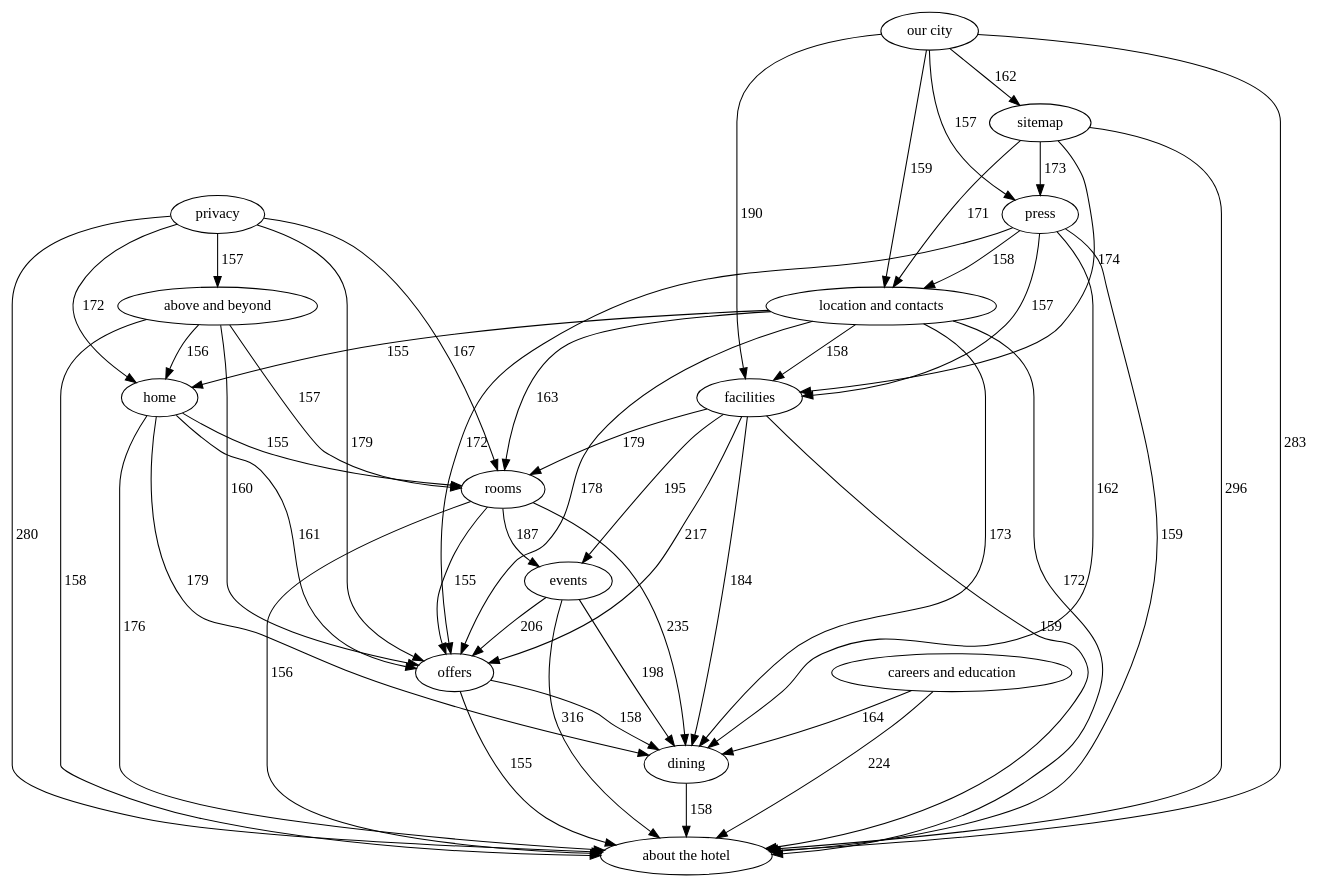
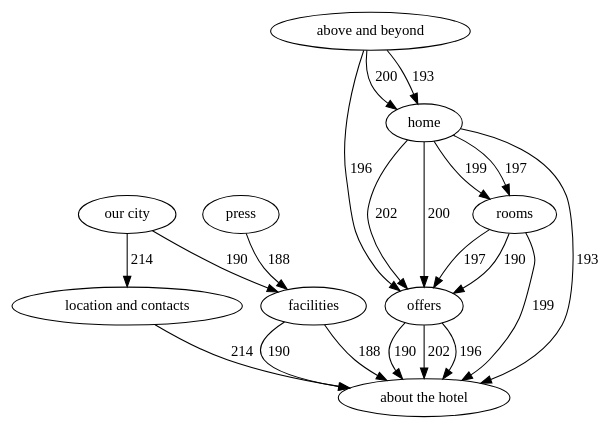
Before and after one commit to alexcu/sit742-a2-report: the diagram in dot/bots_requests.dot, drawn with Graphviz. The commit also changed 17 other files, not shown here.

Commit message:
Update dot diagrams to percentile and support-curated

```diff
--- a/dot/bots_requests.dot
+++ b/dot/bots_requests.dot
@@ -1,67 +1,32 @@
-strict digraph "" {
+digraph "" {
 layout="dot";
-privacy;
+"about the hotel";
+"our city";
 facilities;
-"about the hotel";
-"careers and education";
-dining;
 offers;
 rooms;
 "above and beyond";
 press;
 home;
 "location and contacts";
-events;
-sitemap;
-"our city";
-privacy -> "above and beyond"  [label=157, weight=157];
-privacy -> home  [label=172, weight=172];
-privacy -> offers  [label=179, weight=179];
-privacy -> rooms  [label=167, weight=167];
-privacy -> "about the hotel"  [label=280, weight=280];
-facilities -> dining  [label=184, weight=184];
-facilities -> offers  [label=217, weight=217];
-facilities -> rooms  [label=179, weight=179];
-facilities -> events  [label=195, weight=195];
-facilities -> "about the hotel"  [label=159, weight=159];
-"careers and education" -> dining  [label=164, weight=164];
-"careers and education" -> "about the hotel"  [label=224, weight=224];
-dining -> "about the hotel"  [label=158, weight=158];
-offers -> dining  [label=158, weight=158];
-offers -> "about the hotel"  [label=155, weight=155];
-rooms -> dining  [label=235, weight=235];
-rooms -> offers  [label=155, weight=155];
-rooms -> events  [label=187, weight=187];
-rooms -> "about the hotel"  [label=156, weight=156];
-"above and beyond" -> home  [label=156, weight=156];
-"above and beyond" -> offers  [label=160, weight=160];
-"above and beyond" -> rooms  [label=157, weight=157];
-"above and beyond" -> "about the hotel"  [label=158, weight=158];
-press -> dining  [label=162, weight=162];
-press -> facilities  [label=157, weight=157];
-press -> offers  [label=172, weight=172];
-press -> "location and contacts"  [label=158, weight=158];
-press -> "about the hotel"  [label=159, weight=159];
-home -> dining  [label=179, weight=179];
-home -> offers  [label=161, weight=161];
-home -> rooms  [label=155, weight=155];
-home -> "about the hotel"  [label=176, weight=176];
-"location and contacts" -> facilities  [label=158, weight=158];
-"location and contacts" -> "about the hotel"  [label=172, weight=172];
-"location and contacts" -> dining  [label=173, weight=173];
-"location and contacts" -> offers  [label=178, weight=178];
-"location and contacts" -> rooms  [label=163, weight=163];
-"location and contacts" -> home  [label=155, weight=155];
-events -> dining  [label=198, weight=198];
-events -> offers  [label=206, weight=206];
-events -> "about the hotel"  [label=316, weight=316];
-sitemap -> press  [label=173, weight=173];
-sitemap -> facilities  [label=174, weight=174];
-sitemap -> "location and contacts"  [label=171, weight=171];
-sitemap -> "about the hotel"  [label=296, weight=296];
-"our city" -> press  [label=157, weight=157];
-"our city" -> facilities  [label=190, weight=190];
-"our city" -> "location and contacts"  [label=159, weight=159];
-"our city" -> sitemap  [label=162, weight=162];
-"our city" -> "about the hotel"  [label=283, weight=283];
+"our city" -> facilities  [key=0, label=190, weight=190];
+"our city" -> "location and contacts"  [key=0, label=214, weight=214];
+facilities -> "about the hotel"  [key=0, label=190, weight=190];
+facilities -> "about the hotel"  [key=1, label=188, weight=188];
+offers -> "about the hotel"  [key=0, label=202, weight=202];
+offers -> "about the hotel"  [key=1, label=196, weight=196];
+offers -> "about the hotel"  [key=2, label=190, weight=190];
+rooms -> offers  [key=0, label=197, weight=197];
+rooms -> offers  [key=1, label=190, weight=190];
+rooms -> "about the hotel"  [key=0, label=199, weight=199];
+"above and beyond" -> home  [key=0, label=200, weight=200];
+"above and beyond" -> home  [key=1, label=193, weight=193];
+"above and beyond" -> offers  [key=0, label=196, weight=196];
+press -> facilities  [key=0, label=188, weight=188];
+home -> offers  [key=0, label=202, weight=202];
+home -> offers  [key=1, label=200, weight=200];
+home -> rooms  [key=0, label=199, weight=199];
+home -> rooms  [key=1, label=197, weight=197];
+home -> "about the hotel"  [key=0, label=193, weight=193];
+"location and contacts" -> "about the hotel"  [key=0, label=214, weight=214];
 }
```
